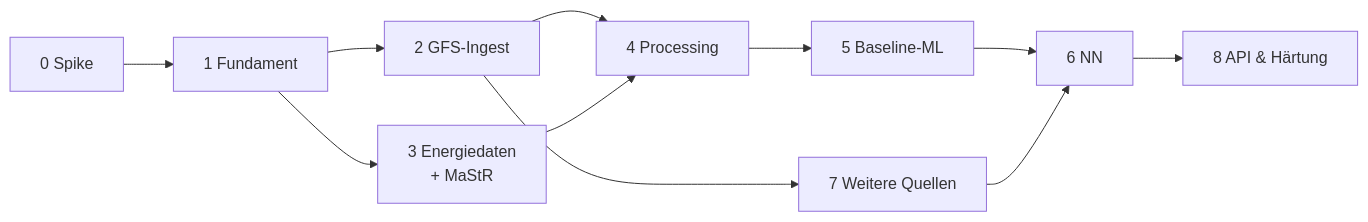
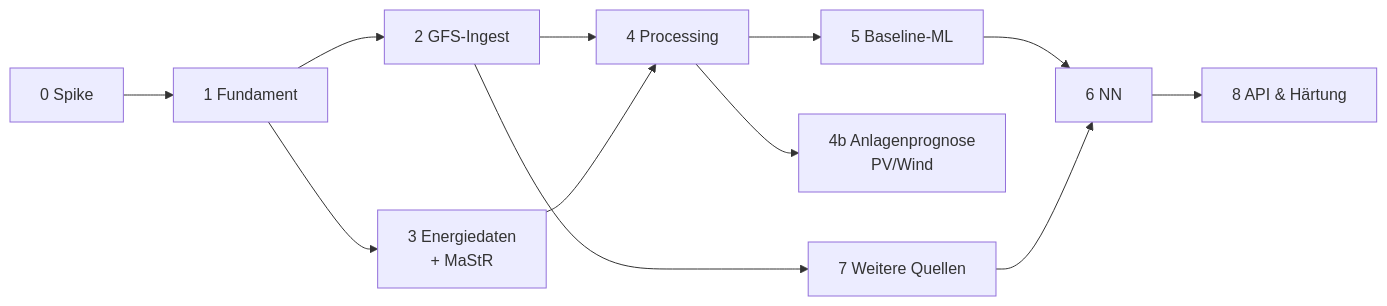
One commit to the78mole/PredictionDB changed diagram 15 of 15 in docs/ARCHITEKTUR.md. Above: the diagram before and after it, drawn with Mermaid. The commit also changed other lines of this file, not shown here.

First line of the commit message:
docs: add forecast API for own PV and wind plants

````diff
--- a/docs/ARCHITEKTUR.md
+++ b/docs/ARCHITEKTUR.md
@@ -1002,11 +1124,12 @@
 ```mermaid
 flowchart LR
     P0["0 Spike"] --> P1["1 Fundament"] --> P2["2 GFS-Ingest"]
     P1 --> P3["3 Energiedaten<br/>+ MaStR"]
     P2 --> P4["4 Processing"]
     P3 --> P4
     P4 --> P5["5 Baseline-ML"] --> P6["6 NN"]
+    P4 --> P4B["4b Anlagenprognose<br/>PV/Wind"]
     P2 --> P7["7 Weitere Quellen"]
     P7 --> P6
     P6 --> P8["8 API & Härtung"]
 ```
````
